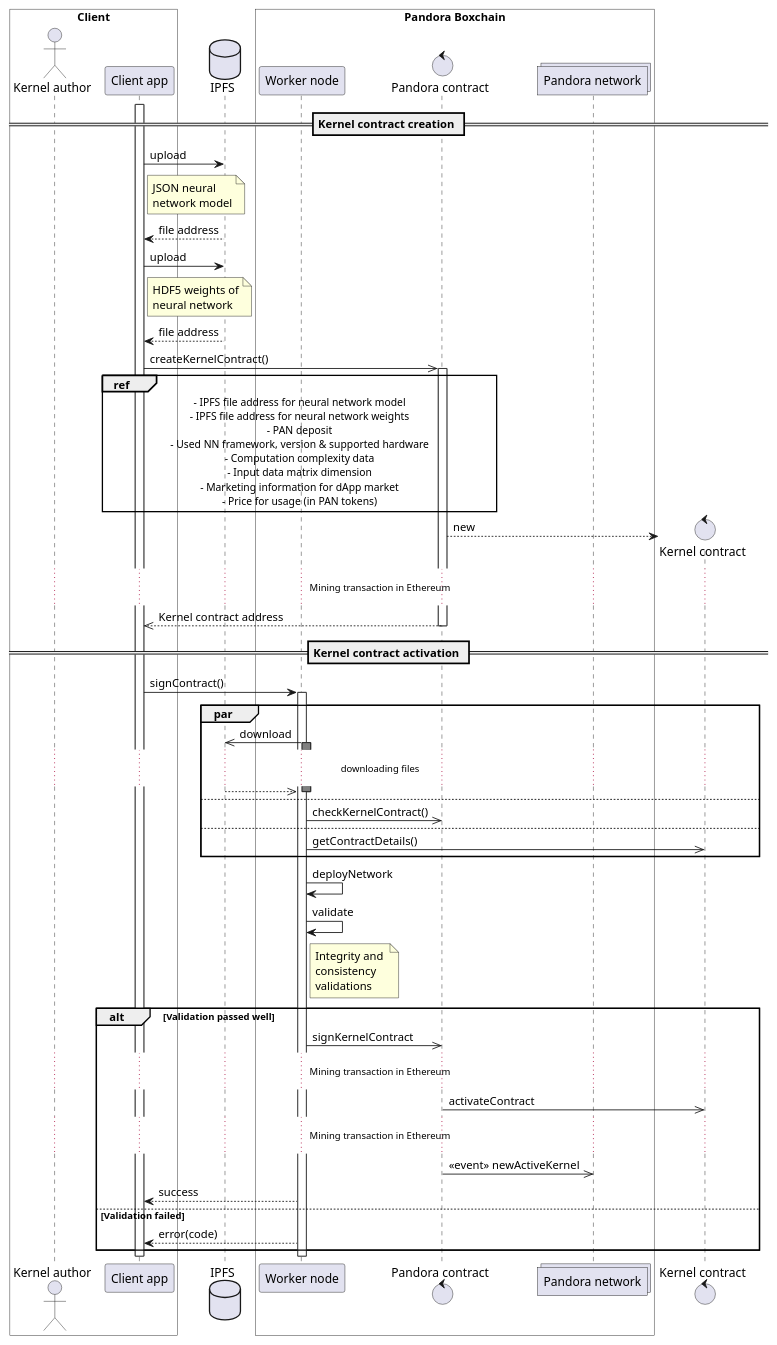
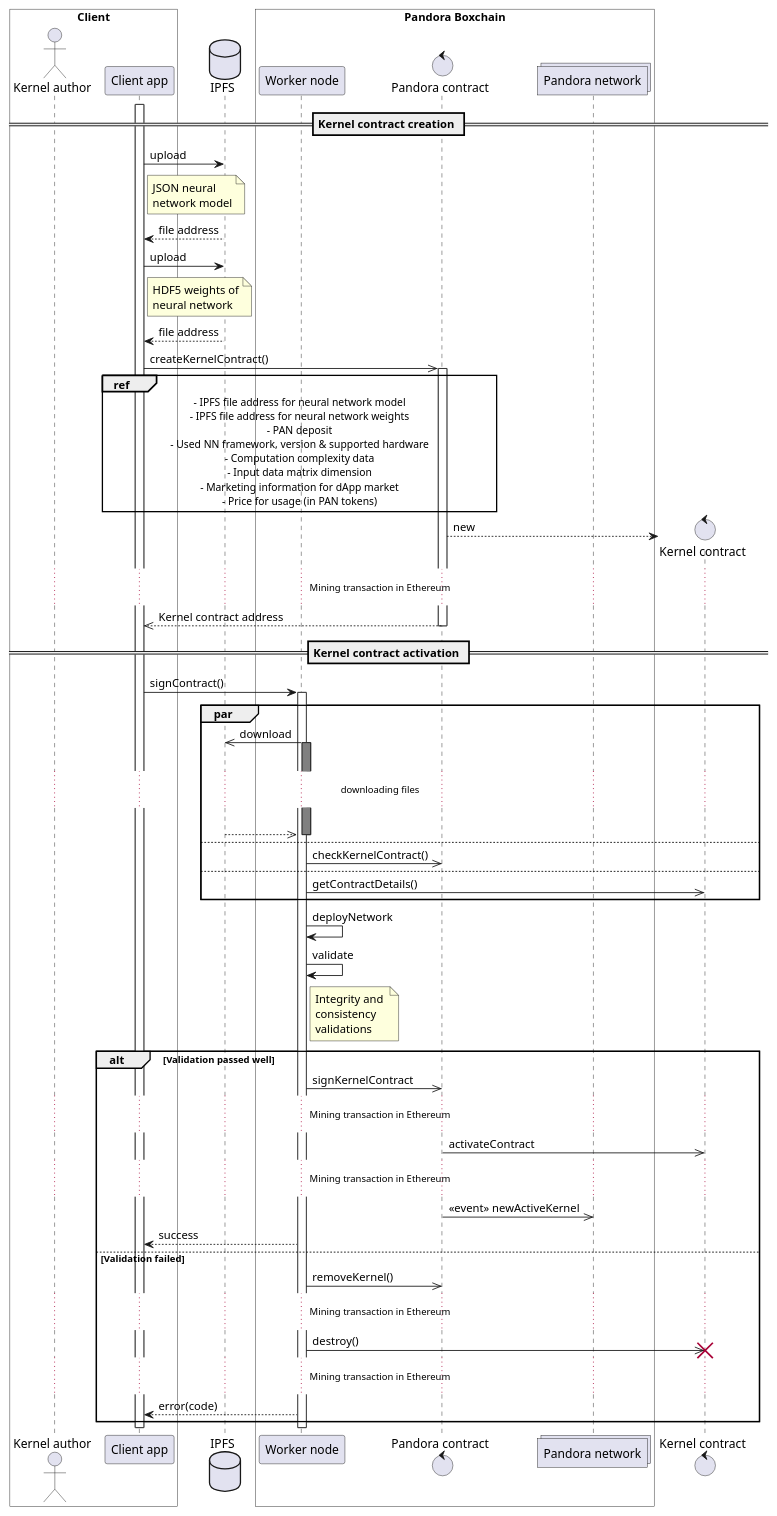
One commit to pandoraboxchain/pocw-techspecs changed the diagram in kernel_creation_sequence.plantuml. Above: the diagram before and after it, drawn with PlantUML.

Commit message:
Kernel creation sequence update (validation failure)
Added contract destruction in case of kernel validation failure into kernel creation sequence

```diff
--- a/kernel_creation_sequence.plantuml
+++ b/kernel_creation_sequence.plantuml
@@ -1,92 +1,99 @@
 @startuml
 box "Client" #white
   actor "Kernel author" as author
   participant "Client app" as app
 end box
 
 database IPFS as ipfs
 
 box "Pandora Boxchain" #white
   participant "Worker node" as worker
   control "Pandora contract" as contract
   collections "Pandora network" as network
 end box
 
 == Kernel contract creation ==
 
 activate app
 app->ipfs: upload
 note right of app
   JSON neural 
   network model
 end note
 ipfs-->app: file address
 
 app->ipfs: upload
 note right of app
   HDF5 weights of
   neural network
 end note
 ipfs-->app: file address
 
 app->>contract: createKernelContract()
 
 ref over app, contract
   - IPFS file address for neural network model
   - IPFS file address for neural network weights
   - PAN deposit
   - Used NN framework, version & supported hardware
   - Computation complexity data
   - Input data matrix dimension
   - Marketing information for dApp market
   - Price for usage (in PAN tokens)
 end ref
 
 activate contract
 create control "Kernel contract" as kernel
 contract-->kernel: new
 ... Mining transaction in Ethereum ...
 contract-->>app: Kernel contract address
 deactivate contract
 
 == Kernel contract activation ==
 
 app->worker: signContract()
 activate worker
 par
   worker->>ipfs: download
   activate worker #gray
+  |||
 ... downloading files ...
+  |||
   ipfs-->>worker
   deactivate worker
 else
   worker->>contract: checkKernelContract()
 else
   worker->>kernel: getContractDetails()
 end
 
 'activate worker #grey
 worker->worker: deployNetwork
 worker->worker: validate
 note right of worker
   Integrity and 
   consistency 
   validations
 end note
 'deactivate worker
 
 alt Validation passed well
   worker->>contract: signKernelContract
 ... Mining transaction in Ethereum ...
   contract->>kernel: activateContract
 ... Mining transaction in Ethereum ...
   contract->>network: <<event>> newActiveKernel
   deactivate contract
   worker-->app: success
 else Validation failed
+  worker->>contract: removeKernel()
+... Mining transaction in Ethereum ...
+  worker->>kernel: destroy()
+  destroy kernel
+... Mining transaction in Ethereum ...
   worker-->app: error(code)
 end
 
 deactivate worker
 deactivate app
 @enduml
```
